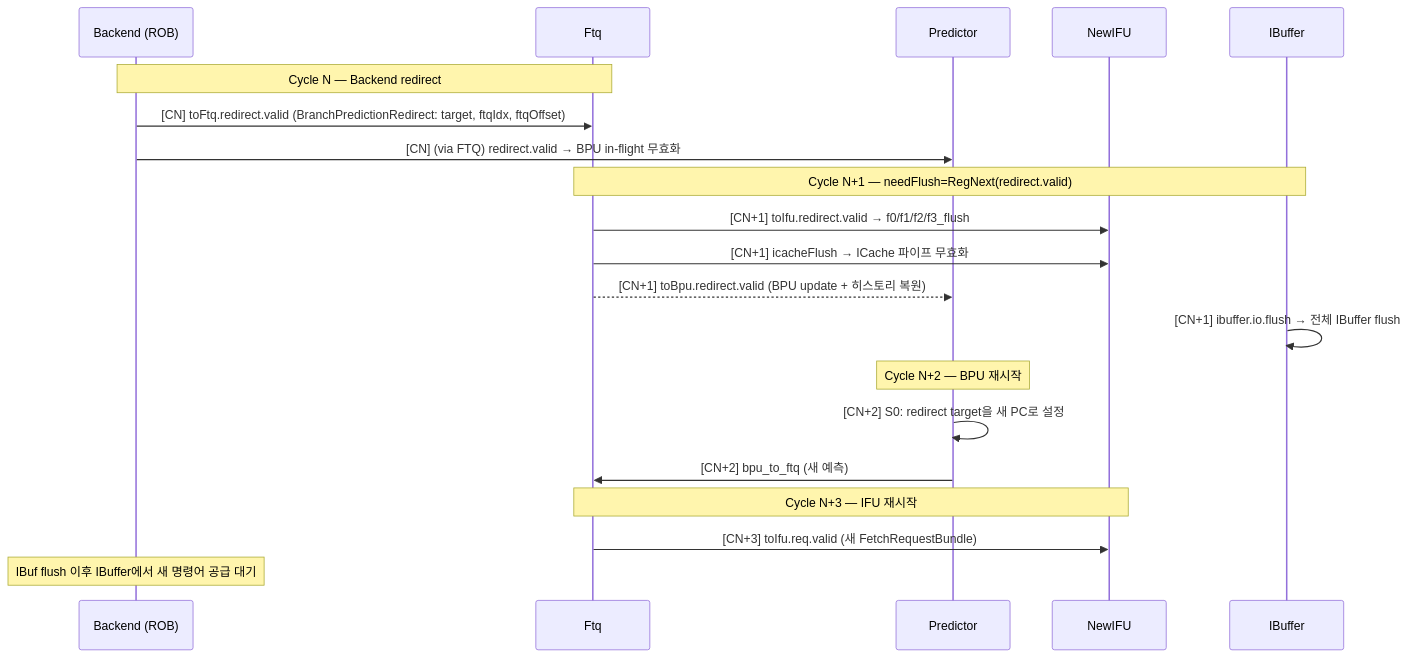
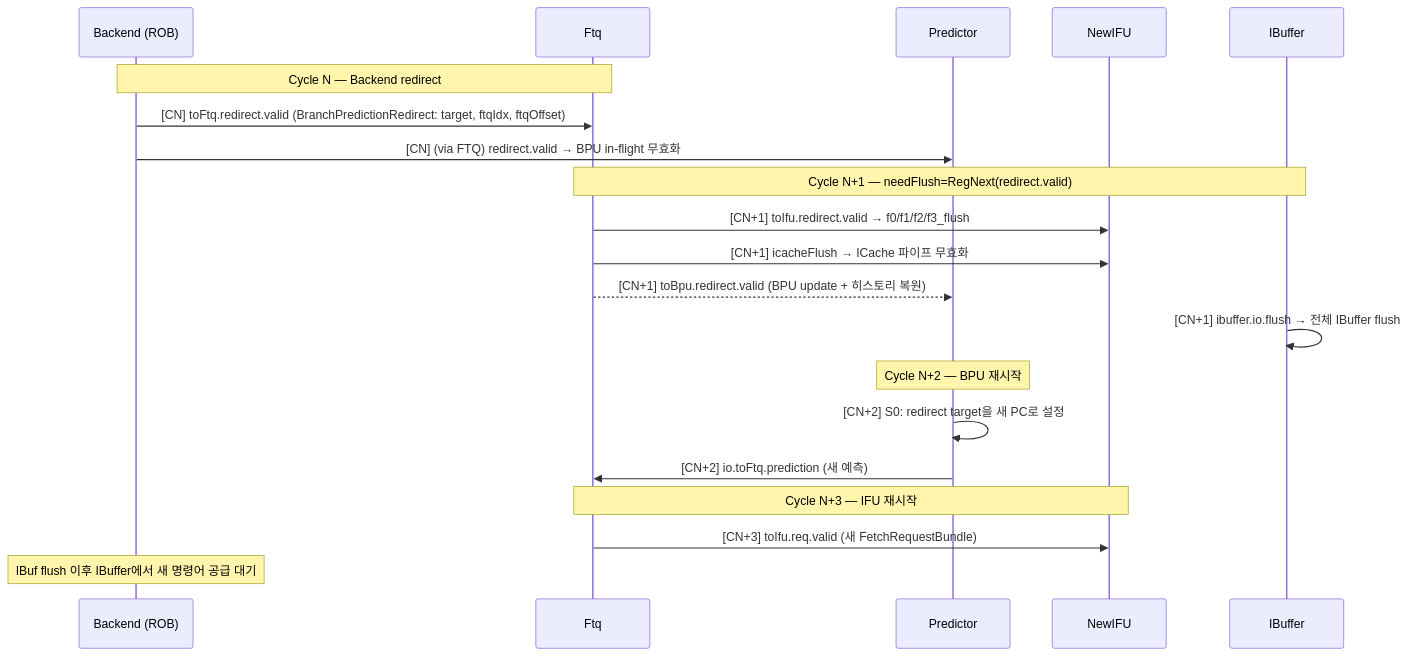
Before and after one commit to cinkeun/CPU_XS_02172026: the fifth of 7 diagrams in src/main/scala/xiangshan/frontend/doc/frontend_in_out_seq_diagram.md, drawn with Mermaid. The commit also changed other lines of this file and 10 other files, not shown here.

````diff
--- a/src/main/scala/xiangshan/frontend/doc/frontend_in_out_seq_diagram.md
+++ b/src/main/scala/xiangshan/frontend/doc/frontend_in_out_seq_diagram.md
@@ -252,27 +258,27 @@
 ```mermaid
 sequenceDiagram
   participant BE  as Backend (ROB)
   participant FTQ as Ftq
   participant BPU as Predictor
   participant IFU as NewIFU
   participant IBuf as IBuffer
 
   Note over BE,FTQ: Cycle N — Backend redirect
   BE->>FTQ: [CN] toFtq.redirect.valid (BranchPredictionRedirect: target, ftqIdx, ftqOffset)
   BE->>BPU: [CN] (via FTQ) redirect.valid → BPU in-flight 무효화
 
   Note over FTQ,IBuf: Cycle N+1 — needFlush=RegNext(redirect.valid)
   FTQ->>IFU: [CN+1] toIfu.redirect.valid → f0/f1/f2/f3_flush
   FTQ->>IFU: [CN+1] icacheFlush → ICache 파이프 무효화
   FTQ-->>BPU: [CN+1] toBpu.redirect.valid (BPU update + 히스토리 복원)
   IBuf->>IBuf: [CN+1] ibuffer.io.flush → 전체 IBuffer flush
 
   Note over BPU: Cycle N+2 — BPU 재시작
   BPU->>BPU: [CN+2] S0: redirect target을 새 PC로 설정
-  BPU->>FTQ: [CN+2] bpu_to_ftq (새 예측)
+  BPU->>FTQ: [CN+2] io.toFtq.prediction (새 예측)
 
   Note over FTQ,IFU: Cycle N+3 — IFU 재시작
   FTQ->>IFU: [CN+3] toIfu.req.valid (새 FetchRequestBundle)
 
   Note over BE: IBuf flush 이후 IBuffer에서 새 명령어 공급 대기
 ```
````
